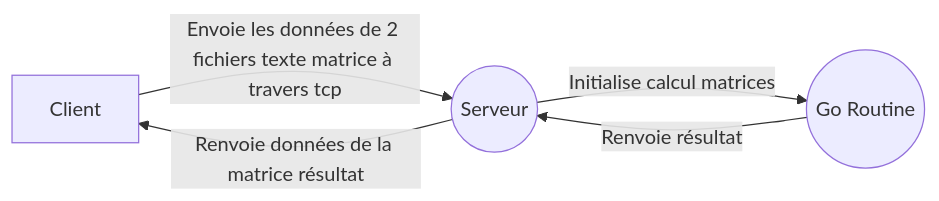
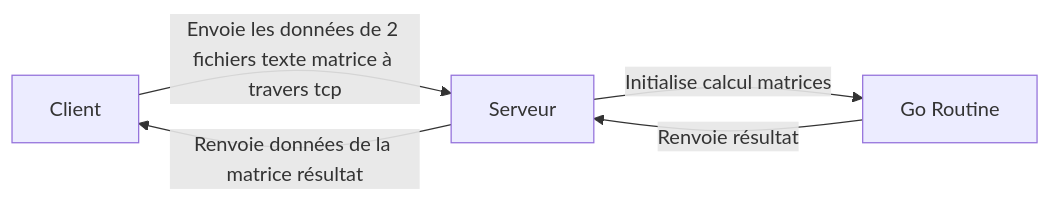
Before and after one commit to delayel06/3tc-elp: the diagram in README.md, drawn with Mermaid.

````diff
--- a/README.md
+++ b/README.md
@@ -31,8 +31,8 @@
 ```mermaid
 graph LR
-A[Client] -- Envoie les données de 2 fichiers texte matrice à travers tcp --> B((Serveur))
-B -- Initialise calcul matrices --> C((Go Routine))
+A[Client] -- Envoie les données de 2 fichiers texte matrice à travers tcp --> B[Serveur]
+B -- Initialise calcul matrices --> C[Go Routine]
 C -- Renvoie résultat --> B
 B -- Renvoie données de la matrice résultat --> A
 
 ```
````
